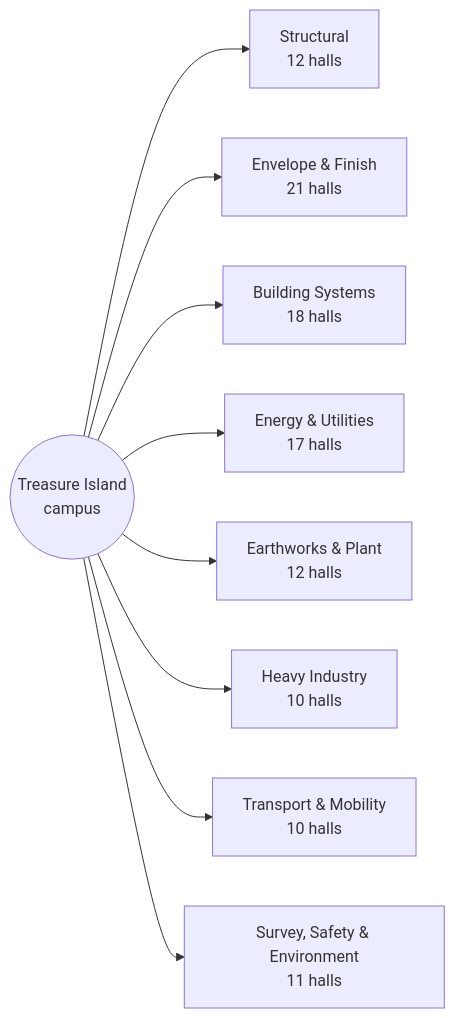
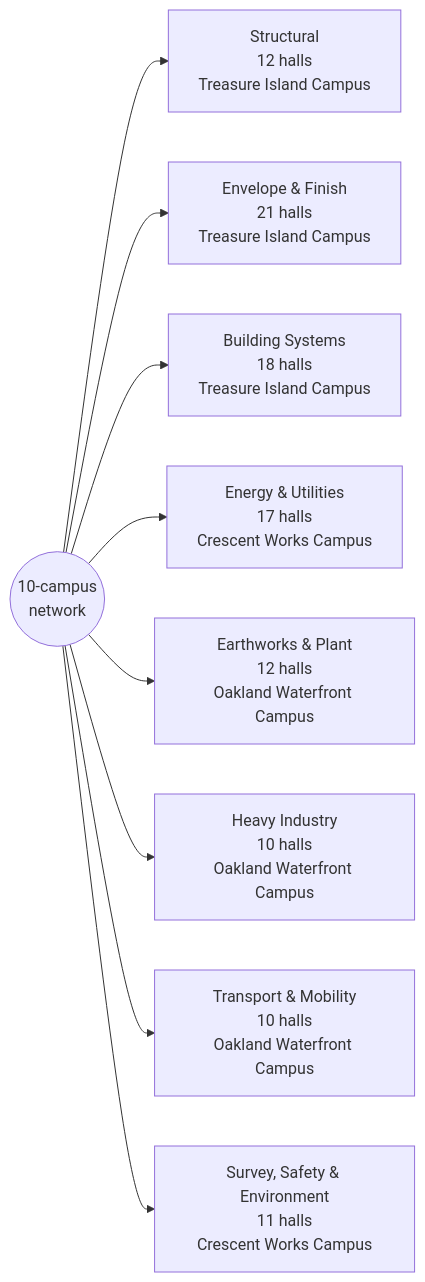
Before and after one commit to AGIFutureFoundation/SmartCiti.X: the diagram in wiki/Campus-Map.md, drawn with Mermaid. The commit also changed other lines of this file and 30 other files, not shown here.

````diff
--- a/wiki/Campus-Map.md
+++ b/wiki/Campus-Map.md
@@ -21,20 +29,20 @@
 ```mermaid
 flowchart LR
-  campus(("Treasure Island<br/>campus"))
-  campus --> structural["Structural<br/>12 halls"]
+  campus(("10-campus<br/>network"))
+  campus --> structural["Structural<br/>12 halls<br/>Treasure Island Campus"]
   click structural "District-structural.md"
-  campus --> envelope["Envelope & Finish<br/>21 halls"]
+  campus --> envelope["Envelope & Finish<br/>21 halls<br/>Treasure Island Campus"]
   click envelope "District-envelope.md"
-  campus --> systems["Building Systems<br/>18 halls"]
+  campus --> systems["Building Systems<br/>18 halls<br/>Treasure Island Campus"]
   click systems "District-systems.md"
-  campus --> energy["Energy & Utilities<br/>17 halls"]
+  campus --> energy["Energy & Utilities<br/>17 halls<br/>Crescent Works Campus"]
   click energy "District-energy.md"
-  campus --> earthworks["Earthworks & Plant<br/>12 halls"]
+  campus --> earthworks["Earthworks & Plant<br/>12 halls<br/>Oakland Waterfront Campus"]
   click earthworks "District-earthworks.md"
-  campus --> industry["Heavy Industry<br/>10 halls"]
+  campus --> industry["Heavy Industry<br/>10 halls<br/>Oakland Waterfront Campus"]
   click industry "District-industry.md"
-  campus --> transport["Transport & Mobility<br/>10 halls"]
+  campus --> transport["Transport & Mobility<br/>10 halls<br/>Oakland Waterfront Campus"]
   click transport "District-transport.md"
-  campus --> control["Survey, Safety & Environment<br/>11 halls"]
+  campus --> control["Survey, Safety & Environment<br/>11 halls<br/>Crescent Works Campus"]
   click control "District-control.md"
 ```
````
